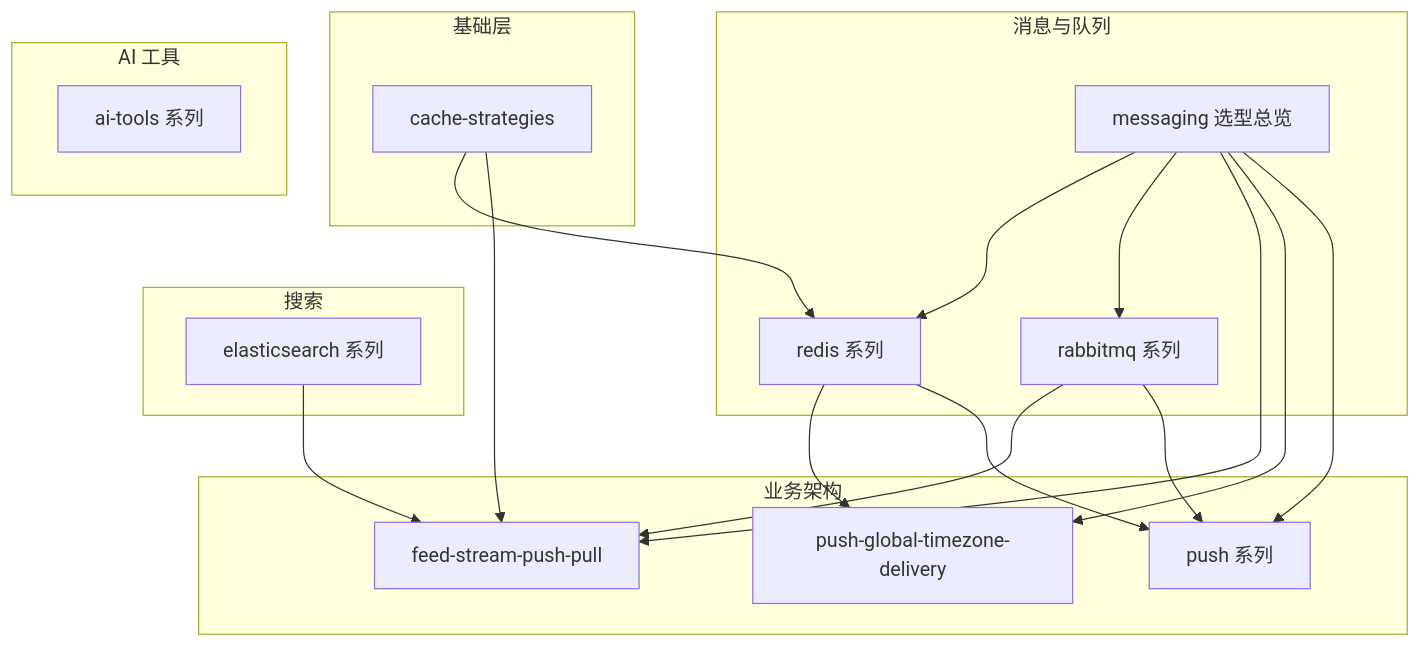
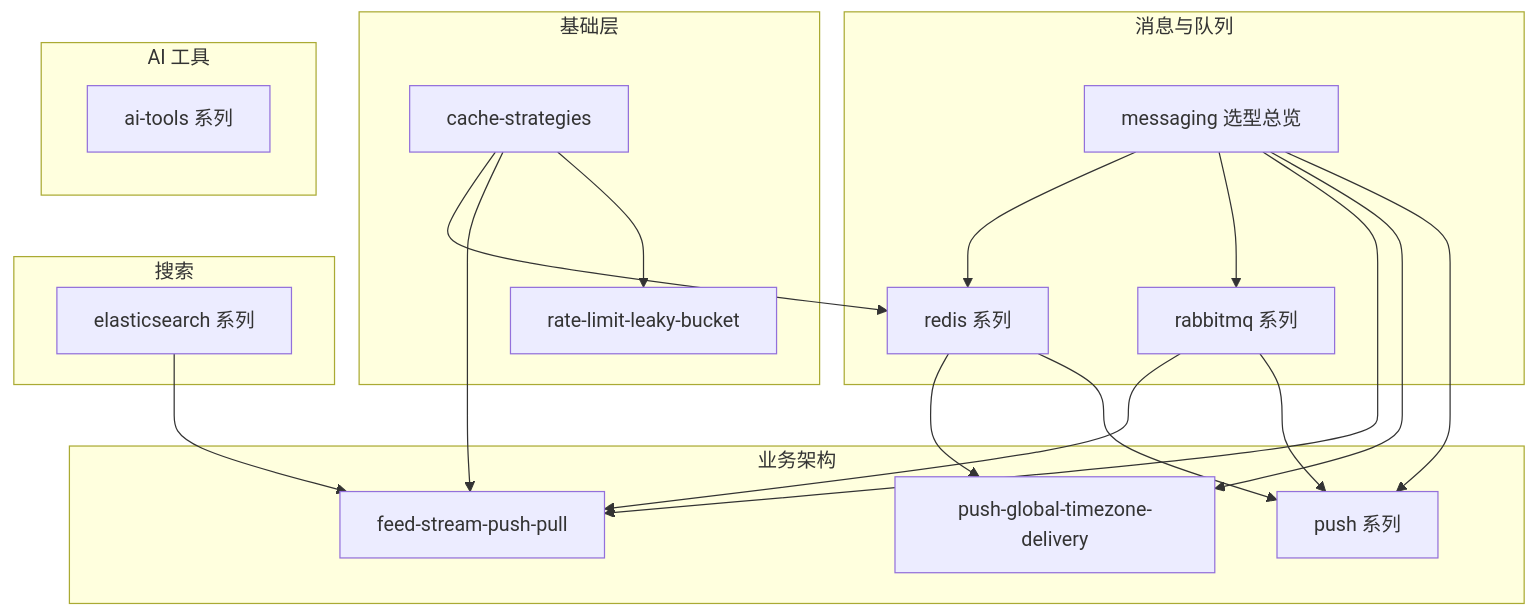
Before and after one commit to CaiCandong/wiki-note: the diagram in README.md, drawn with Mermaid. The commit also changed other lines of this file and 12 other files, not shown here.

````diff
--- a/README.md
+++ b/README.md
@@ -24,34 +18,36 @@
 ```mermaid
 flowchart TB
     subgraph foundation["基础层"]
         CACHE[cache-strategies]
+        RATE[rate-limit-leaky-bucket]
     end
     subgraph messaging["消息与队列"]
         MSG[messaging 选型总览]
         REDIS[redis 系列]
         RMQ[rabbitmq 系列]
     end
     subgraph search["搜索"]
         ES[elasticsearch 系列]
     end
     subgraph product["业务架构"]
         FEED[feed-stream-push-pull]
         PUSH_G[push-global-timezone-delivery]
         PUSH_S[push 系列]
     end
     subgraph ai["AI 工具"]
         AIT[ai-tools 系列]
     end
     CACHE --> REDIS
     CACHE --> FEED
+    CACHE --> RATE
     MSG --> REDIS
     MSG --> RMQ
     MSG --> FEED
     MSG --> PUSH_G
     MSG --> PUSH_S
     RMQ --> FEED
     RMQ --> PUSH_S
     REDIS --> PUSH_G
     REDIS --> PUSH_S
     ES --> FEED
 ```
````
